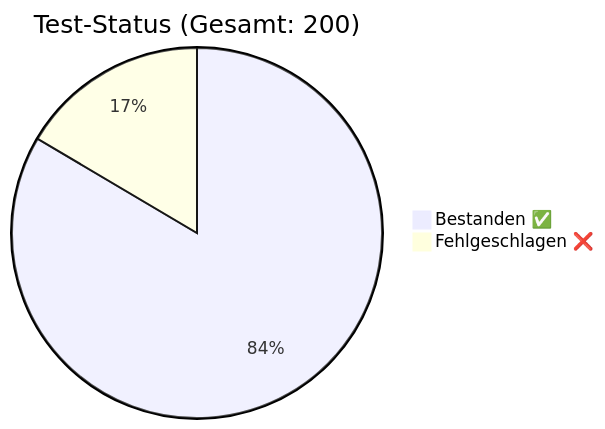
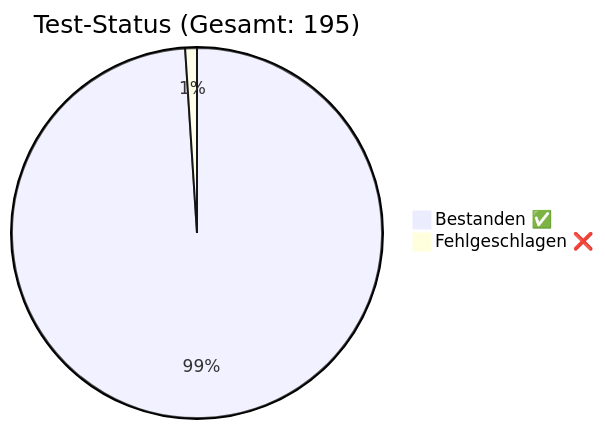
The diagram in docs/QA_Report.md (rorila/GCS), drawn with Mermaid before and after one commit. The commit also changed other lines of this file and 6 other files, not shown here.

First line of the commit message:
fix: Sequence Builder akzeptiert jetzt implizite Verbindungen

````diff
--- a/docs/QA_Report.md
+++ b/docs/QA_Report.md
@@ -7,5 +7,5 @@
 ```mermaid
-pie title Test-Status (Gesamt: 200)
-    "Bestanden ✅" : 167
-    "Fehlgeschlagen ❌" : 33
+pie title Test-Status (Gesamt: 195)
+    "Bestanden ✅" : 193
+    "Fehlgeschlagen ❌" : 2
 ```
````
